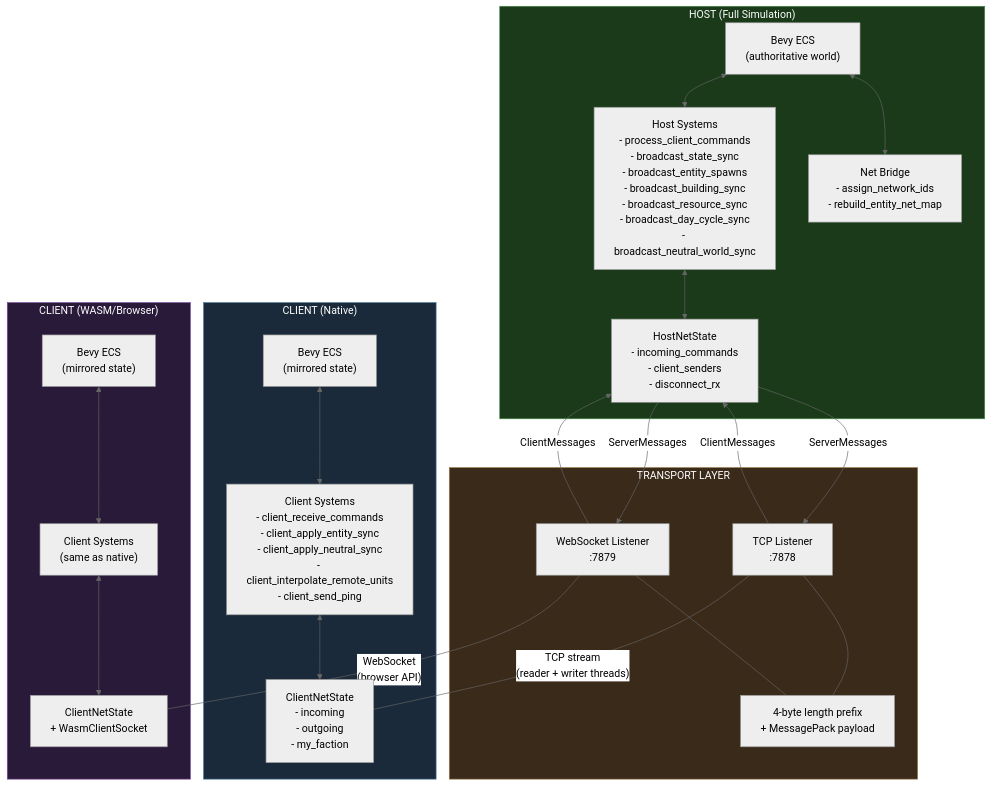
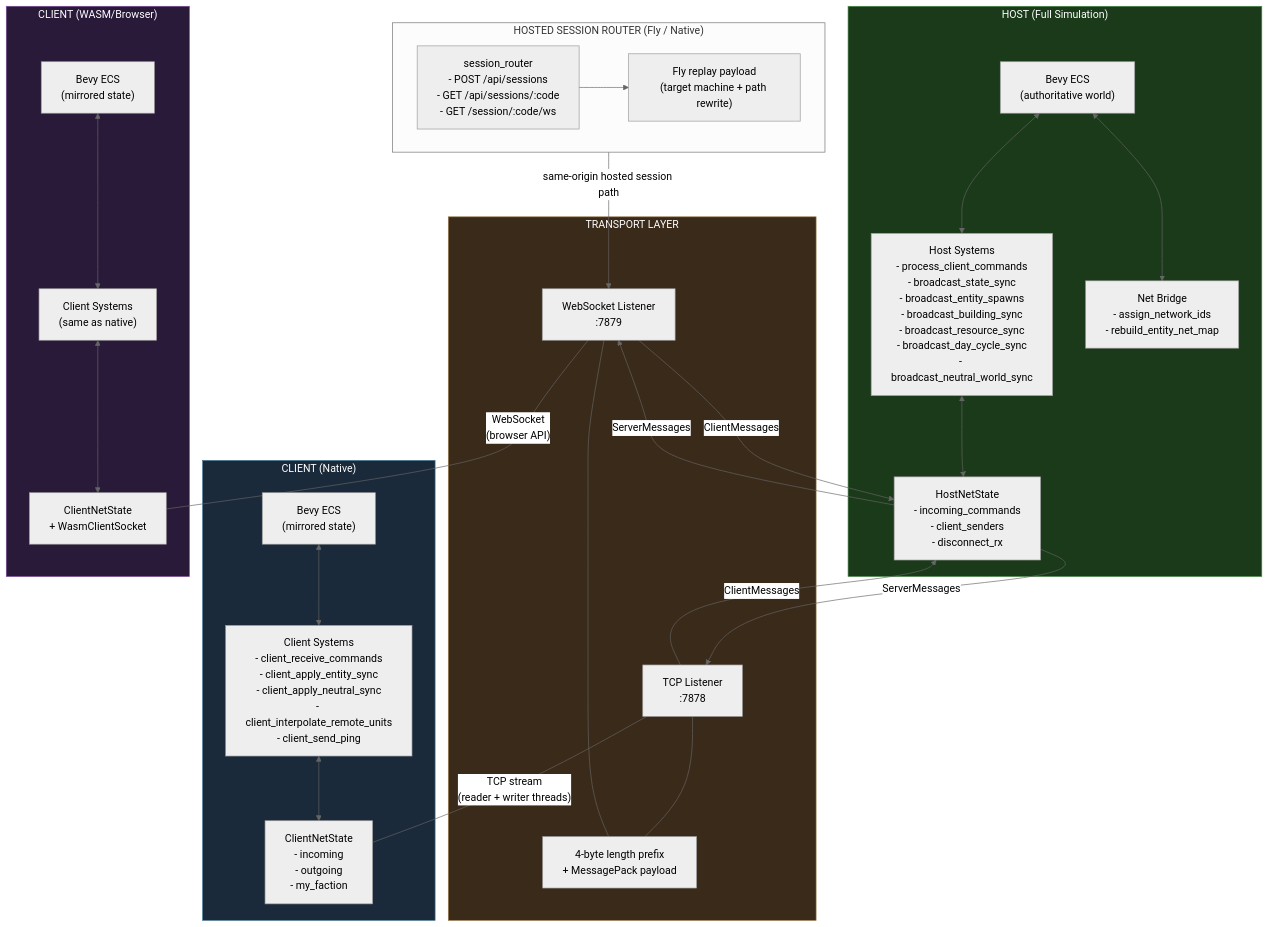
Before and after one commit to pashaydev/RTS: the first of 11 diagrams in docs/multiplayer-architecture.md, drawn with Mermaid (neutral theme). The commit also changed other lines of this file, not shown here.

````diff
--- a/docs/multiplayer-architecture.md
+++ b/docs/multiplayer-architecture.md
@@ -11,49 +12,56 @@
 ```mermaid
 flowchart TB
     subgraph Host["HOST (Full Simulation)"]
         ECS["Bevy ECS\n(authoritative world)"]
         HS["Host Systems\n- process_client_commands\n- broadcast_state_sync\n- broadcast_entity_spawns\n- broadcast_building_sync\n- broadcast_resource_sync\n- broadcast_day_cycle_sync\n- broadcast_neutral_world_sync"]
         NB["Net Bridge\n- assign_network_ids\n- rebuild_entity_net_map"]
         HNS["HostNetState\n- incoming_commands\n- client_senders\n- disconnect_rx"]
 
         ECS <--> HS
         ECS <--> NB
         HS <--> HNS
     end
 
     subgraph Transport["TRANSPORT LAYER"]
         TCP["TCP Listener\n:7878"]
         WS["WebSocket Listener\n:7879"]
         TCP --- FRAME["4-byte length prefix\n+ MessagePack payload"]
         WS --- FRAME
+    end
+
+    subgraph Router["HOSTED SESSION ROUTER (Fly / Native)"]
+        SR["session_router\n- POST /api/sessions\n- GET /api/sessions/:code\n- GET /session/:code/ws"]
+        FR["Fly replay payload\n(target machine + path rewrite)"]
+        SR --> FR
     end
 
     subgraph Client1["CLIENT (Native)"]
         CECS1["Bevy ECS\n(mirrored state)"]
         CS1["Client Systems\n- client_receive_commands\n- client_apply_entity_sync\n- client_apply_neutral_sync\n- client_interpolate_remote_units\n- client_send_ping"]
         CNS1["ClientNetState\n- incoming\n- outgoing\n- my_faction"]
         CECS1 <--> CS1
         CS1 <--> CNS1
     end
 
     subgraph Client2["CLIENT (WASM/Browser)"]
         CECS2["Bevy ECS\n(mirrored state)"]
         CS2["Client Systems\n(same as native)"]
         CNS2["ClientNetState\n+ WasmClientSocket"]
         CECS2 <--> CS2
         CS2 <--> CNS2
     end
 
     HNS -->|ServerMessages| TCP
     HNS -->|ServerMessages| WS
     TCP -->|ClientMessages| HNS
     WS -->|ClientMessages| HNS
+    Router -->|same-origin hosted session path| WS
 
     TCP ---|"TCP stream\n(reader + writer threads)"| CNS1
     WS ---|"WebSocket\n(browser API)"| CNS2
 
     style Host fill:#1a3a1a,stroke:#4a8a4a,color:#fff
     style Client1 fill:#1a2a3a,stroke:#4a7a9a,color:#fff
     style Client2 fill:#2a1a3a,stroke:#7a4a9a,color:#fff
     style Transport fill:#3a2a1a,stroke:#9a7a4a,color:#fff
 ```
````
